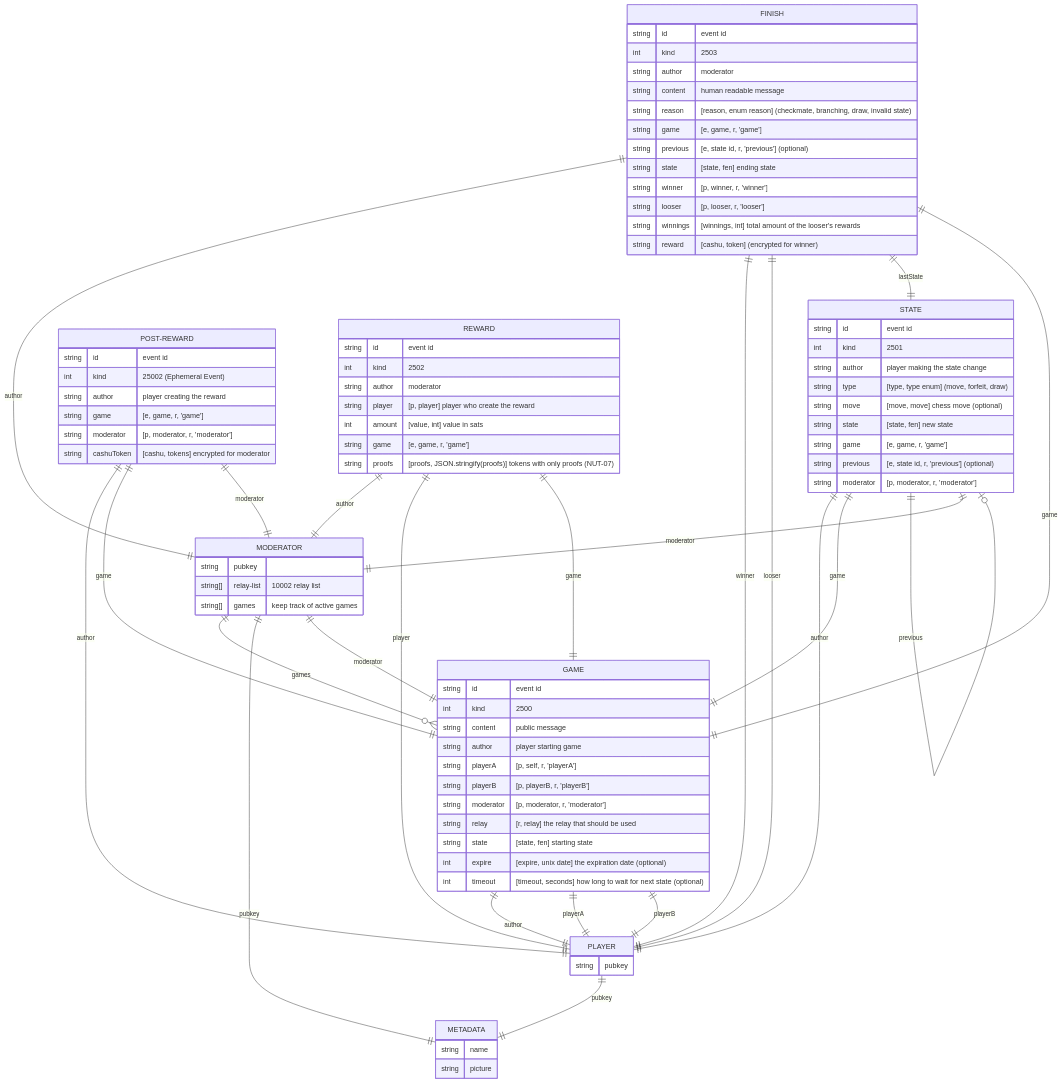
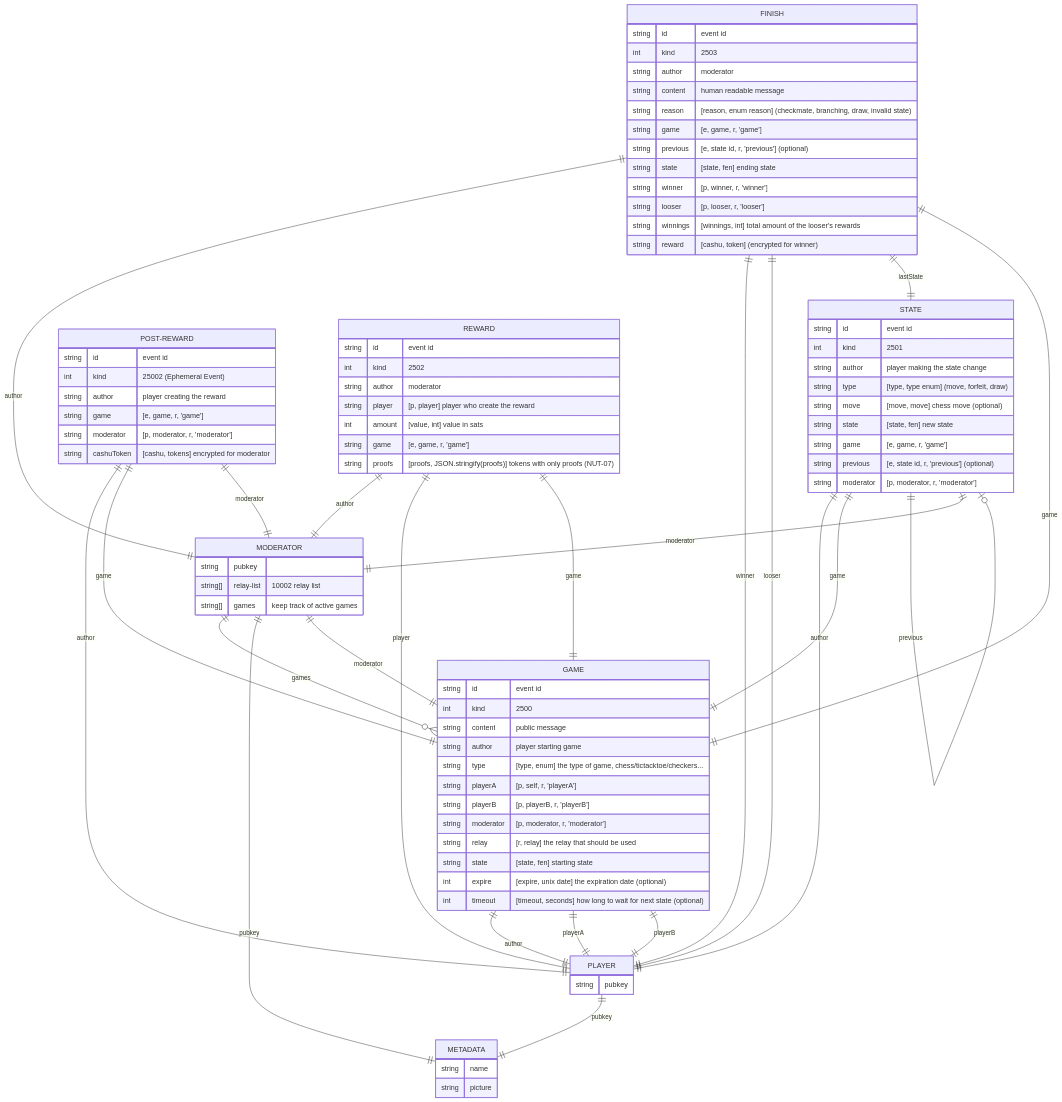
One commit to hzrd149/chessnut changed the first of 2 diagrams in README.md. Above: the diagram before and after it, drawn with Mermaid. The commit also changed other lines of this file and 9 other files, not shown here.

```diff
--- a/README.md
+++ b/README.md
@@ -28,6 +36,7 @@
         int kind "2500"
         string content "public message"
         string author "player starting game"
+        string type "[type, enum] the type of game, chess/tictacktoe/checkers..."
         string playerA "[p, self, r, 'playerA']"
         string playerB "[p, playerB, r, 'playerB']"
         string moderator "[p, moderator, r, 'moderator']"
```
